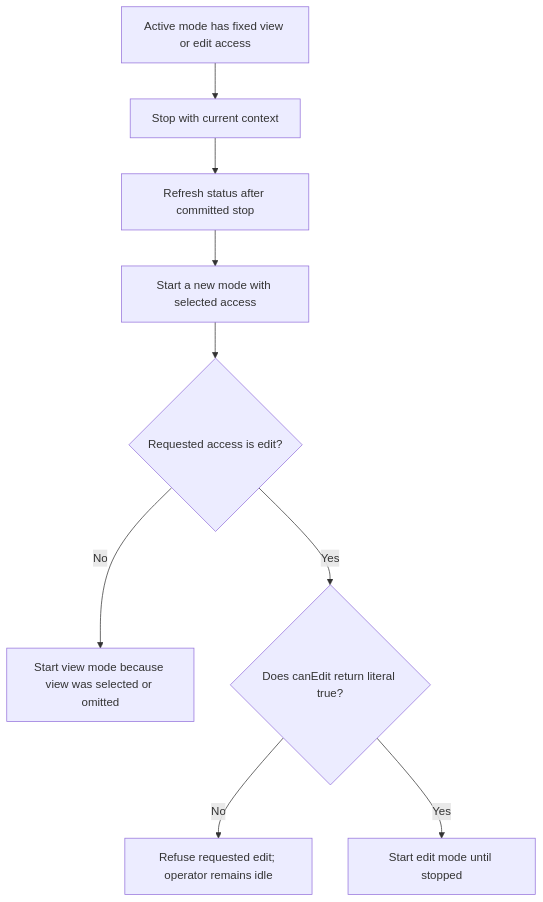
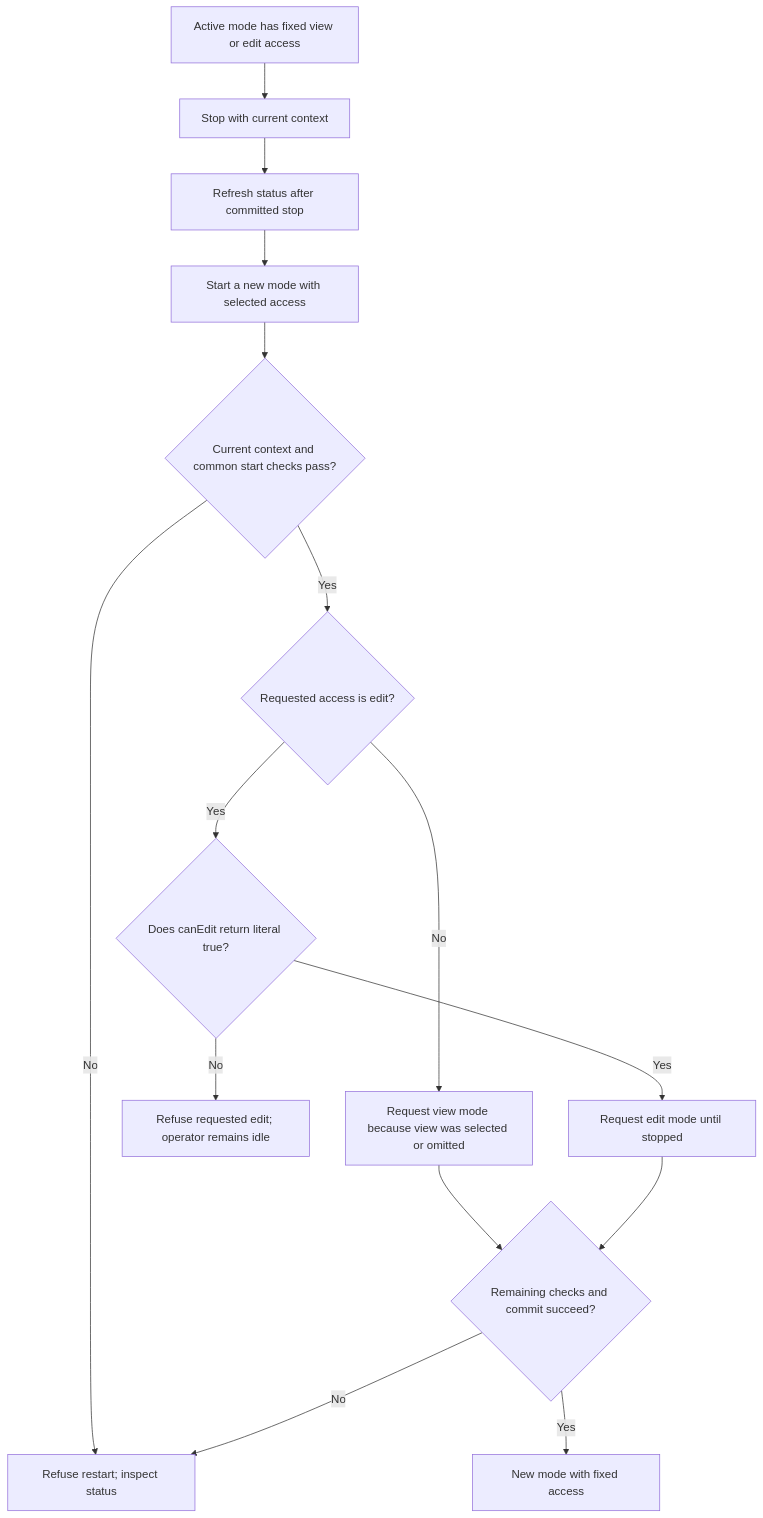
Before and after one commit to Kevinjohn/oss-adonisjs-masquerade: the first of 2 diagrams in user-stories/start-stop-mode/us-actor-05-change-mode-access.md, drawn with Mermaid. The commit also changed other lines of this file and 26 other files, not shown here.

````diff
--- a/user-stories/start-stop-mode/us-actor-05-change-mode-access.md
+++ b/user-stories/start-stop-mode/us-actor-05-change-mode-access.md
@@ -25,11 +25,17 @@
 ```mermaid
 flowchart TD
     A["Active mode has fixed view or edit access"] --> B["Stop with current context"]
     B --> C["Refresh status after committed stop"]
     C --> D["Start a new mode with selected access"]
-    D --> E{"Requested access is edit?"}
-    E -->|No| F["Start view mode because view was selected or omitted"]
+    D --> Q{"Current context and common start checks pass?"}
+    Q -->|No| R["Refuse restart; inspect status"]
+    Q -->|Yes| E{"Requested access is edit?"}
+    E -->|No| F["Request view mode because view was selected or omitted"]
     E -->|Yes| G{"Does canEdit return literal true?"}
     G -->|No| H["Refuse requested edit; operator remains idle"]
-    G -->|Yes| I["Start edit mode until stopped"]
+    G -->|Yes| I["Request edit mode until stopped"]
+    F --> X{"Remaining checks and commit succeed?"}
+    I --> X
+    X -->|Yes| Y["New mode with fixed access"]
+    X -->|No| R
 ```
````
